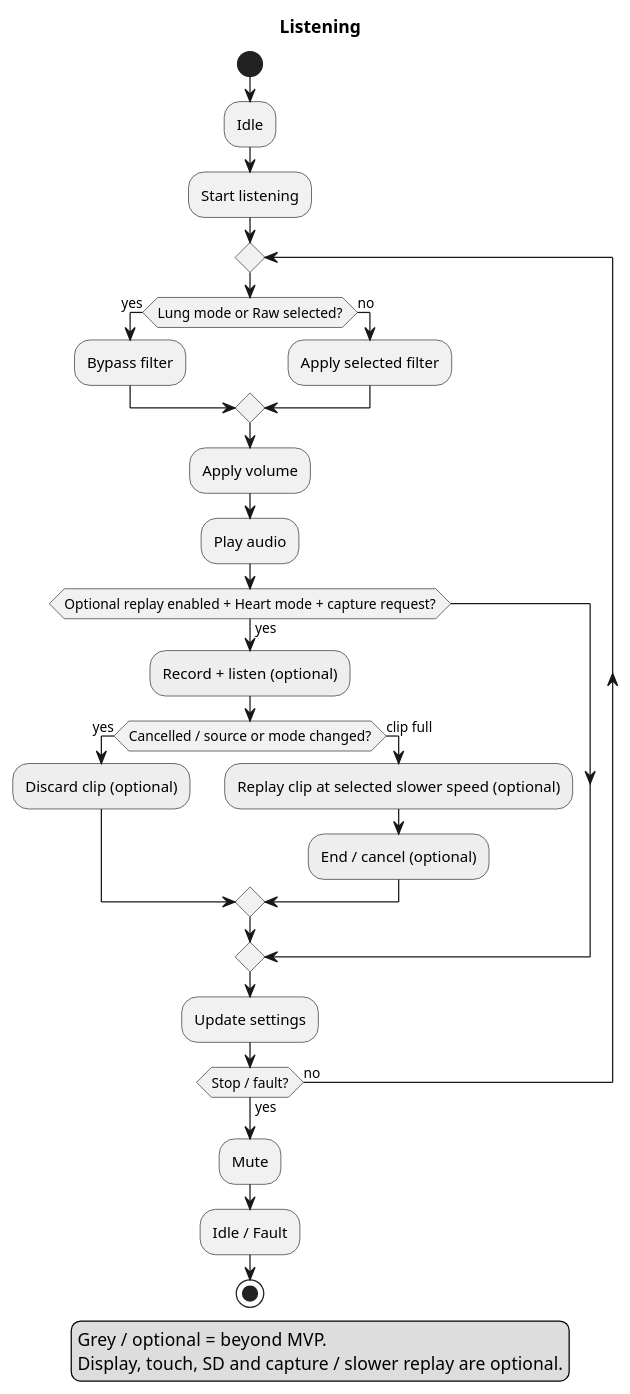
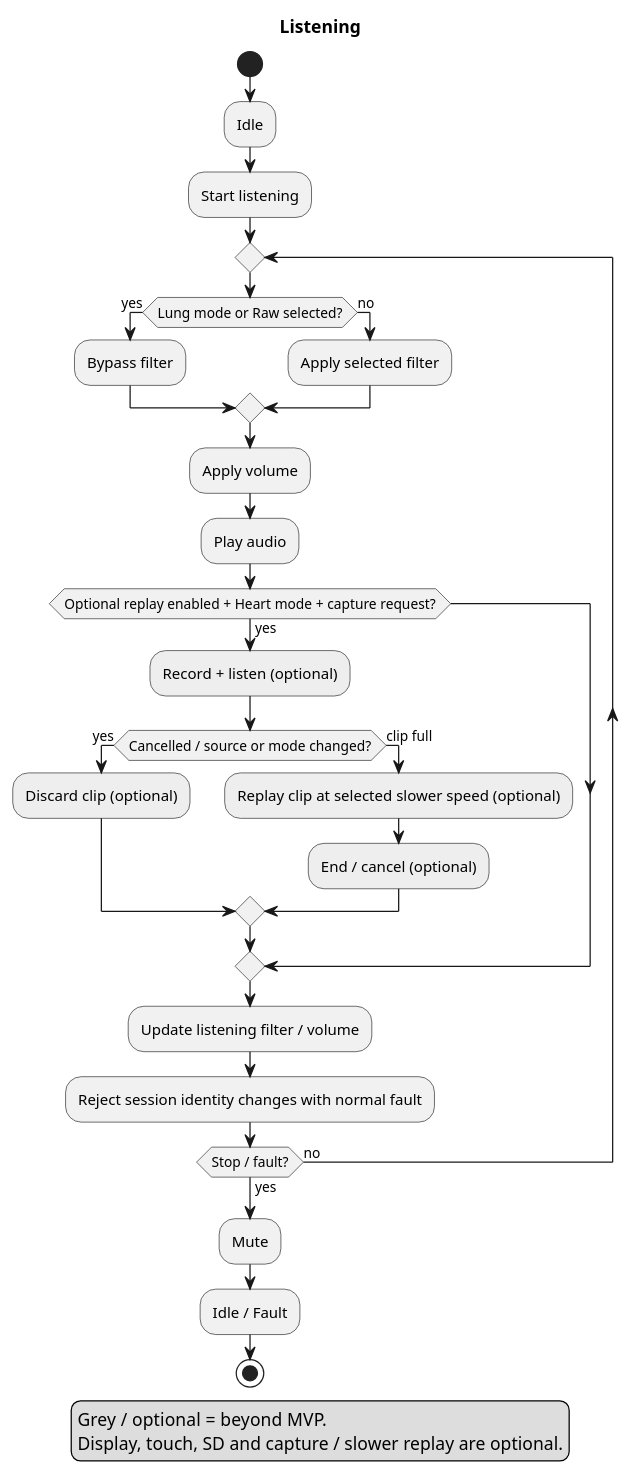
One commit to DemonicPsychoII/DigitalStethoscope changed the diagram in Development/system/architecture/listening-workflow.puml. Above: the diagram before and after it, drawn with PlantUML. The commit also changed 21 other files, not shown here.

First line of the commit message:
Record MVP decisions and component implementation timeline

```diff
--- a/Development/system/architecture/listening-workflow.puml
+++ b/Development/system/architecture/listening-workflow.puml
@@ -1,34 +1,35 @@
 @startuml listening_workflow
 skinparam shadowing false
 skinparam defaultFontName SansSerif
 title Listening
 start
 :Idle;
 :Start listening;
 repeat
  if (Lung mode or Raw selected?) then (yes)
   :Bypass filter;
  else (no)
   :Apply selected filter;
  endif
  :Apply volume;
  :Play audio;
  if (Optional replay enabled + Heart mode + capture request?) then (yes)
   #EEEEEE:Record + listen (optional);
   if (Cancelled / source or mode changed?) then (yes)
    #EEEEEE:Discard clip (optional);
   else (clip full)
    #EEEEEE:Replay clip at selected slower speed (optional);
    #EEEEEE:End / cancel (optional);
   endif
  endif
- :Update settings;
+ :Update listening filter / volume;
+ :Reject session identity changes with normal fault;
 repeat while (Stop / fault?) is (no) not (yes)
 :Mute;
 :Idle / Fault;
 stop
 legend bottom
   Grey / optional = beyond MVP.
   Display, touch, SD and capture / slower replay are optional.
 endlegend
 @enduml
```
